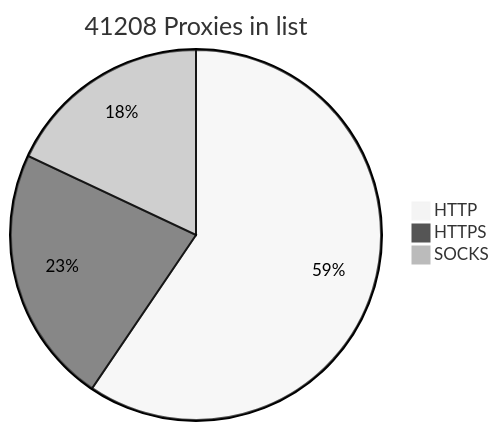
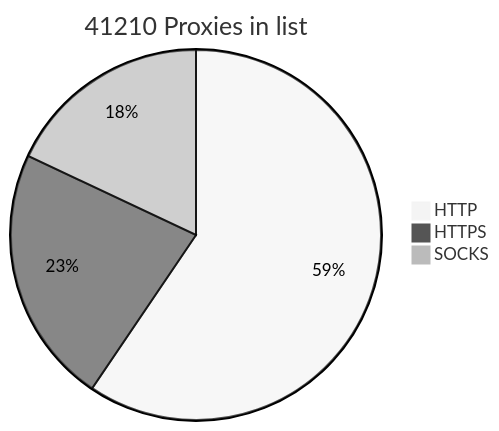
One commit to BlackSnowDot/proxylist-update-every-minute changed the diagram in README.md. Above: the diagram before and after it, drawn with Mermaid (neutral theme).

````diff
--- a/README.md
+++ b/README.md
@@ -2,6 +2,6 @@
 ```mermaid
-pie title 41208 Proxies in list
+pie title 41210 Proxies in list
     "HTTP" : 28838
-    "HTTPS": 10923
-    "SOCKS" : 8724
+    "HTTPS": 10924
+    "SOCKS" : 8725
 ```
````
